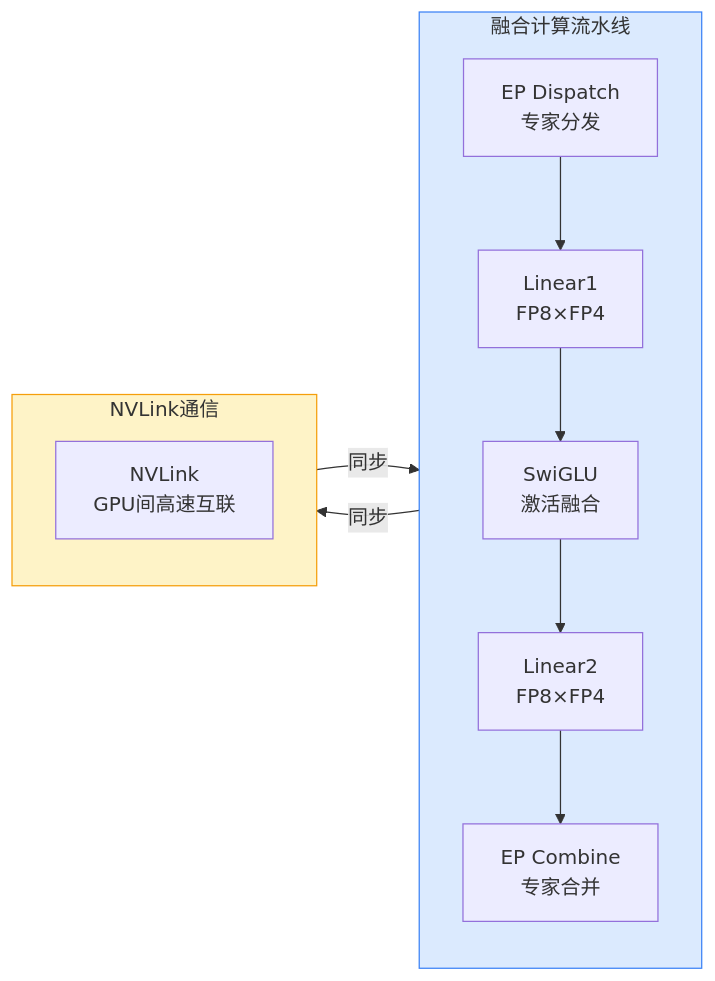
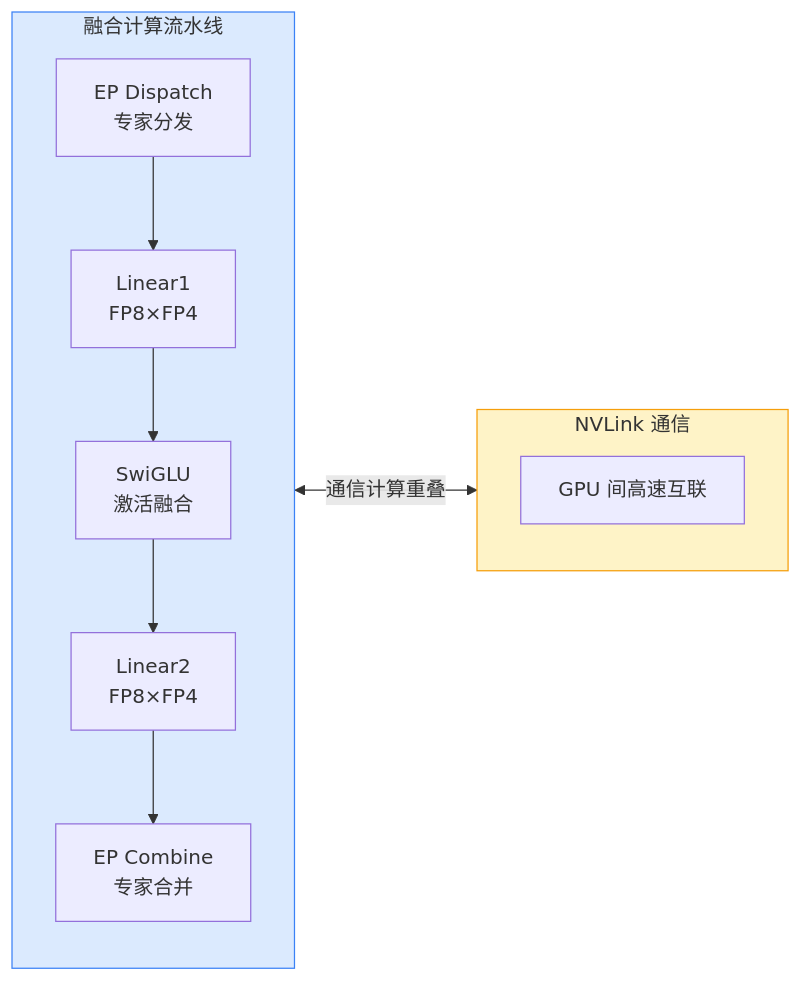
The fourth of 6 diagrams in content/posts/tech/deepgemm-high-performance-fp8-gemm-kernels.md (A1pha3/text-matrix), drawn with Mermaid before and after one commit. The commit also changed other lines of this file and 25 other files, not shown here.

````diff
--- a/content/posts/tech/deepgemm-high-performance-fp8-gemm-kernels.md
+++ b/content/posts/tech/deepgemm-high-performance-fp8-gemm-kernels.md
@@ -334,19 +275,18 @@
 ```mermaid
 flowchart LR
-    subgraph Compute[融合计算流水线]
+    subgraph Compute["融合计算流水线"]
         EP1["EP Dispatch<br/>专家分发"] --> L1["Linear1<br/>FP8×FP4"]
         L1 --> SWI["SwiGLU<br/>激活融合"]
         SWI --> L2["Linear2<br/>FP8×FP4"]
         L2 --> EPC["EP Combine<br/>专家合并"]
     end
 
-    subgraph Communication[NVLink通信]
-        NV["NVLink<br/>GPU间高速互联"]
+    subgraph Communication["NVLink 通信"]
+        NV["GPU 间高速互联"]
     end
 
-    Compute -->|同步| Communication
-    Communication -->|同步| Compute
+    Compute <-->|通信计算重叠| Communication
 
     style Compute fill:#dbeafe,stroke:#3b82f6
     style Communication fill:#fef3c7,stroke:#f59e0b
 ```
````
